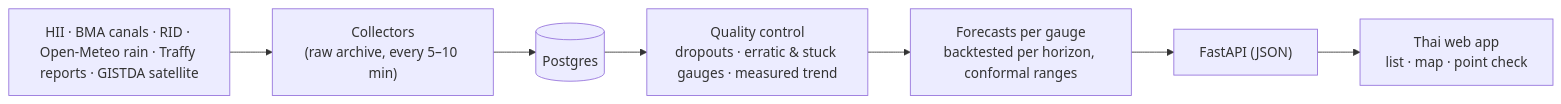
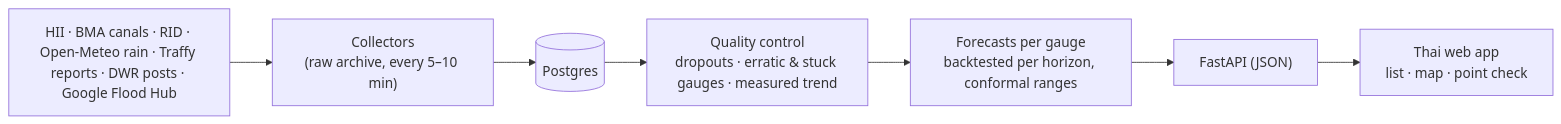
The diagram in README.md (bejranonda/flood2026), drawn with Mermaid before and after one commit. The commit also changed other lines of this file and 14 other files, not shown here.

````diff
--- a/README.md
+++ b/README.md
@@ -43,9 +44,9 @@
 ```mermaid
 flowchart LR
-  S["HII · BMA canals · RID · Open-Meteo rain · Traffy reports · GISTDA satellite"] --> C["Collectors<br/>(raw archive, every 5–10 min)"]
+  S["HII · BMA canals · RID · Open-Meteo rain · Traffy reports · DWR posts · Google Flood Hub"] --> C["Collectors<br/>(raw archive, every 5–10 min)"]
   C --> DB[("Postgres")]
   DB --> Q["Quality control<br/>dropouts · erratic & stuck gauges · measured trend"]
   Q --> F["Forecasts per gauge<br/>backtested per horizon, conformal ranges"]
   F --> API["FastAPI (JSON)"]
   API --> W["Thai web app<br/>list · map · point check"]
 ```
````
